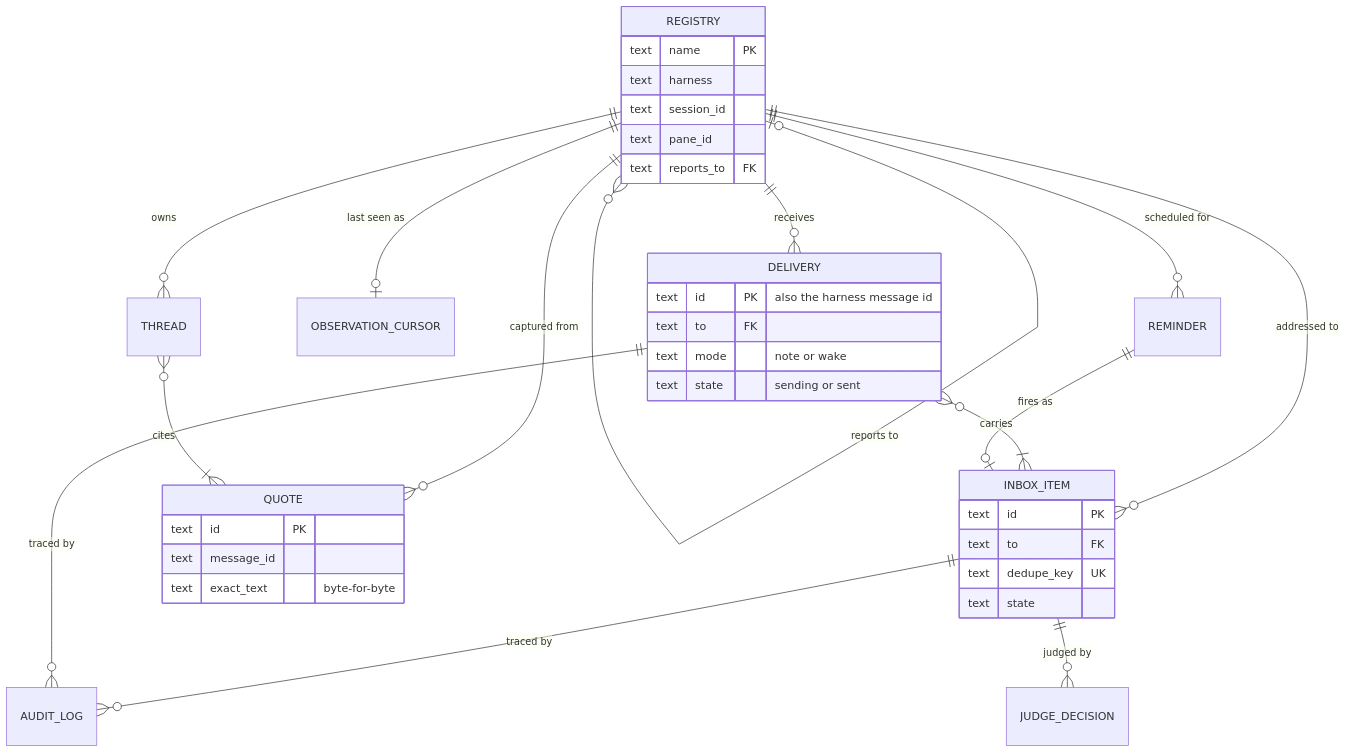
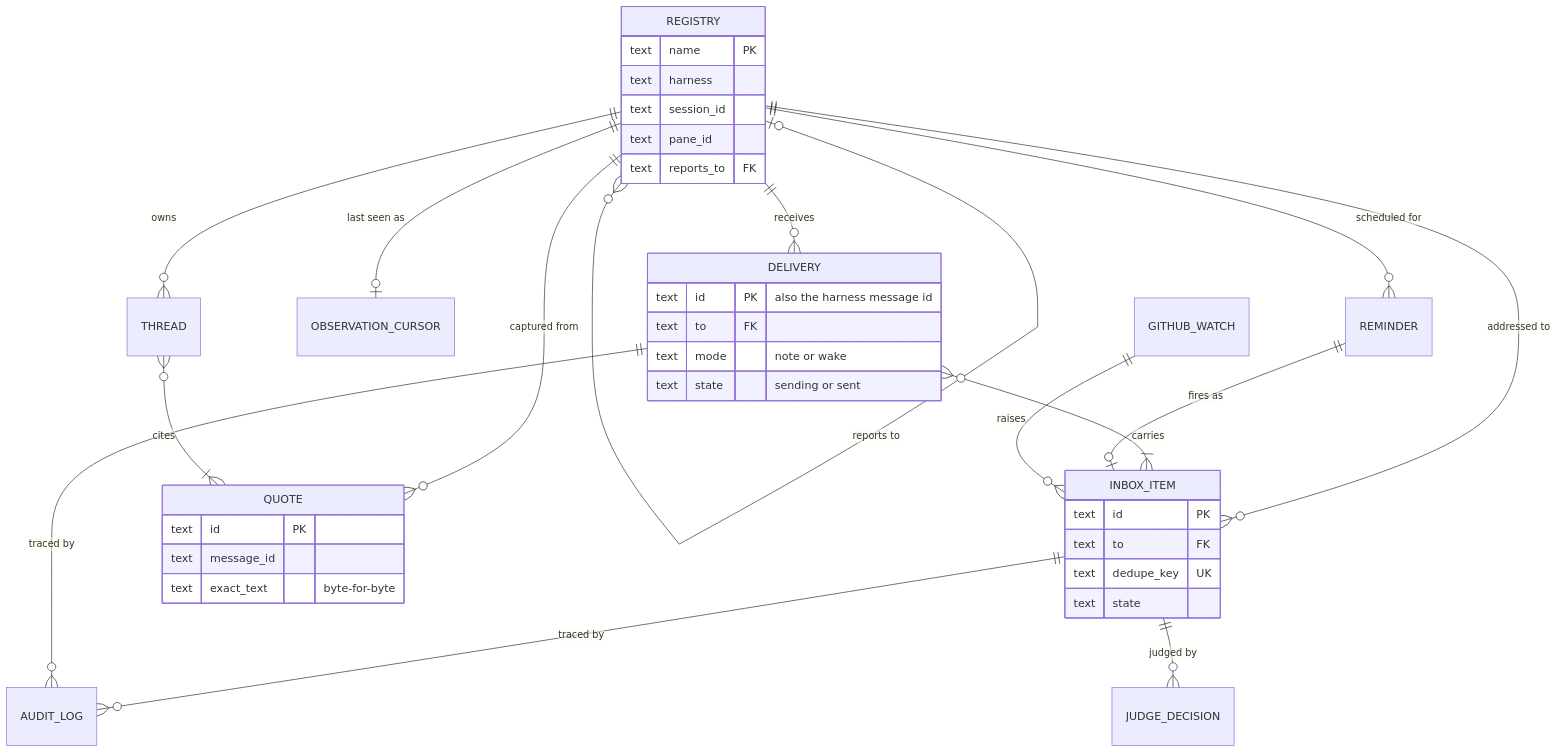
The seventh of 10 diagrams in docs/switchboard.md (adamkaplan/fleet-kit), drawn with Mermaid before and after one commit. The commit also changed other lines of this file, not shown here.

````diff
--- a/docs/switchboard.md
+++ b/docs/switchboard.md
@@ -375,41 +433,42 @@
 ```mermaid
 erDiagram
   REGISTRY |o--o{ REGISTRY : "reports to"
   REGISTRY ||--o{ INBOX_ITEM : "addressed to"
   REGISTRY ||--o{ DELIVERY : receives
   DELIVERY }o--|{ INBOX_ITEM : carries
   REGISTRY ||--o| OBSERVATION_CURSOR : "last seen as"
   REGISTRY ||--o{ REMINDER : "scheduled for"
   REMINDER ||--o| INBOX_ITEM : "fires as"
+  GITHUB_WATCH ||--o{ INBOX_ITEM : raises
   REGISTRY ||--o{ QUOTE : "captured from"
   REGISTRY ||--o{ THREAD : owns
   THREAD }o--|{ QUOTE : cites
   INBOX_ITEM ||--o{ AUDIT_LOG : "traced by"
   DELIVERY ||--o{ AUDIT_LOG : "traced by"
   INBOX_ITEM ||--o{ JUDGE_DECISION : "judged by"
 
   REGISTRY {
     text name PK
     text harness
     text session_id
     text pane_id
     text reports_to FK
   }
   INBOX_ITEM {
     text id PK
     text to FK
     text dedupe_key UK
     text state
   }
   DELIVERY {
     text id PK "also the harness message id"
     text to FK
     text mode "note or wake"
     text state "sending or sent"
   }
   QUOTE {
     text id PK
     text message_id
     text exact_text "byte-for-byte"
   }
 ```
````
